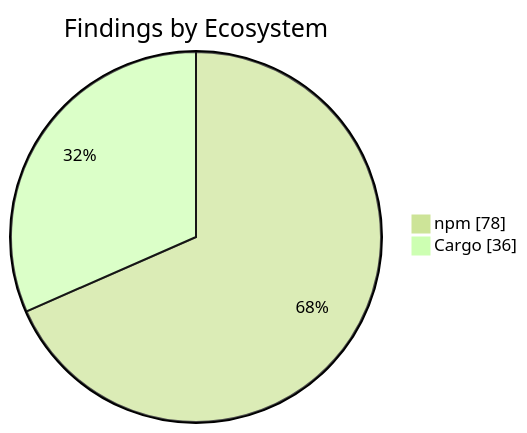
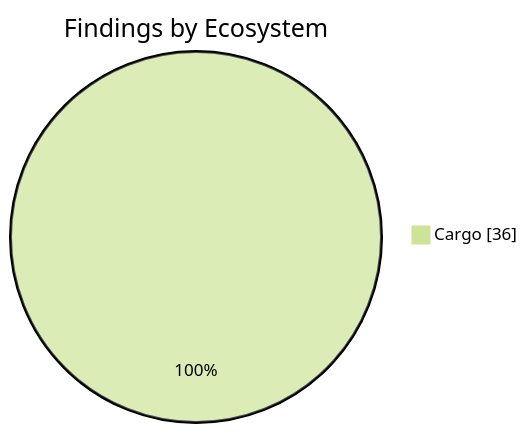
One commit to KBVE/kbve changed the second of 2 diagrams in apps/kbve/astro-kbve/src/content/docs/dashboard/security.mdx. Above: the diagram before and after it, drawn with Mermaid (forest theme). The commit also changed other lines of this file and 7 other files, not shown here.

````diff
--- a/apps/kbve/astro-kbve/src/content/docs/dashboard/security.mdx
+++ b/apps/kbve/astro-kbve/src/content/docs/dashboard/security.mdx
@@ -73,6 +70,5 @@
 ```mermaid
 pie showData
     title Findings by Ecosystem
-    "npm" : 78
     "Cargo" : 36
 ```
````
